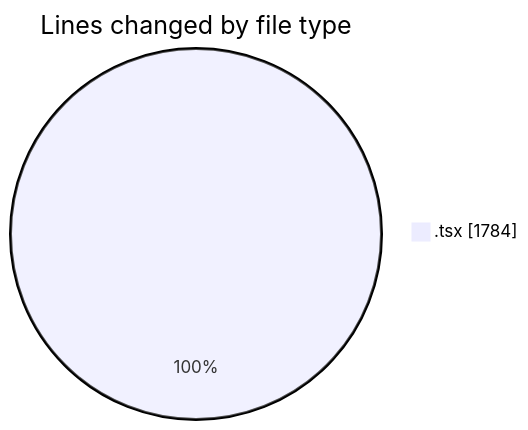
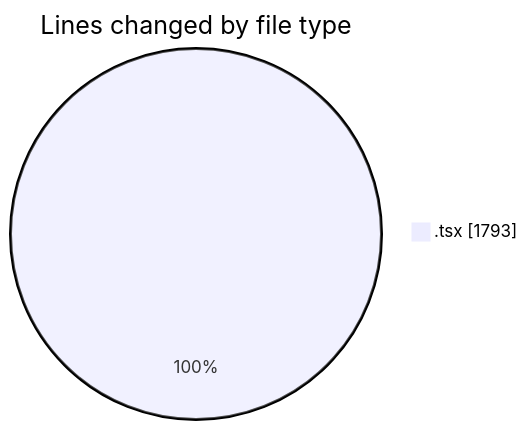
The first of 2 diagrams in 2026-04-22/nxtqube_webapp/README.md (nxtqubesakshisongat/code-tracking), drawn with Mermaid before and after one commit. The commit also changed other lines of this file and 1 other file, not shown here.

````diff
--- a/2026-04-22/nxtqube_webapp/README.md
+++ b/2026-04-22/nxtqube_webapp/README.md
@@ -21,5 +21,5 @@
 ```mermaid
 pie showData
 title Lines changed by file type
-".tsx" : 1784
+".tsx" : 1793
 ```
````
